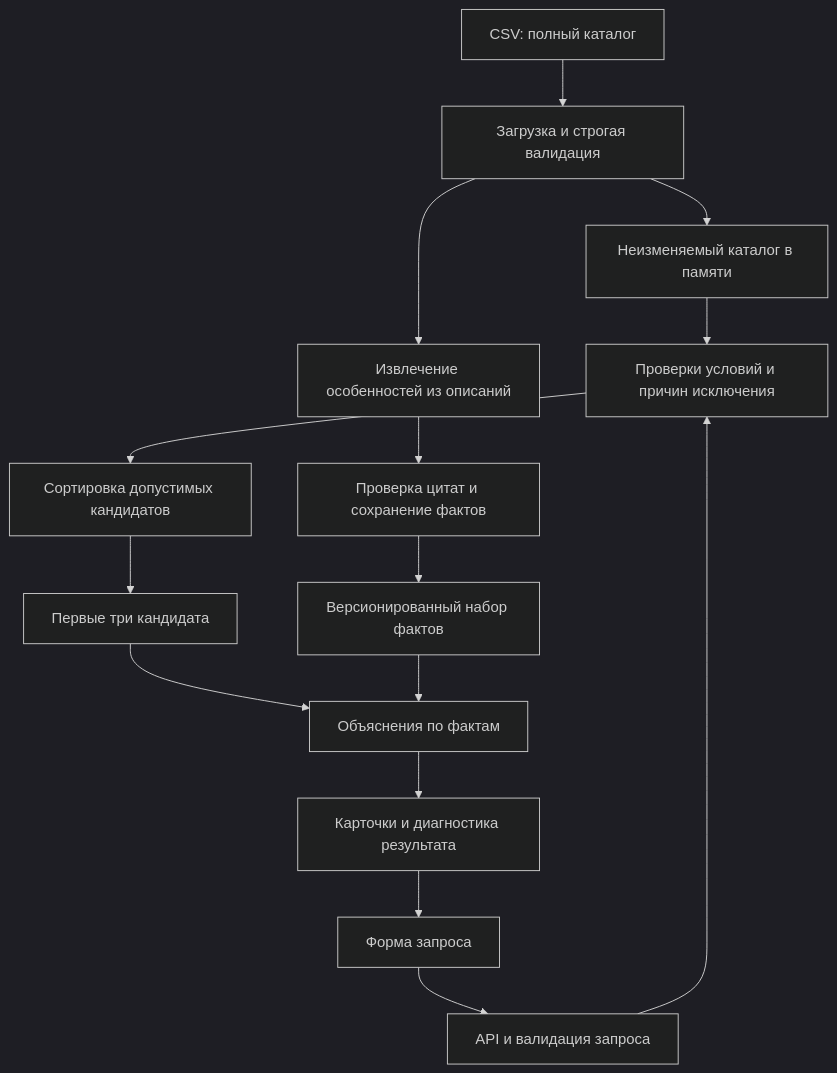
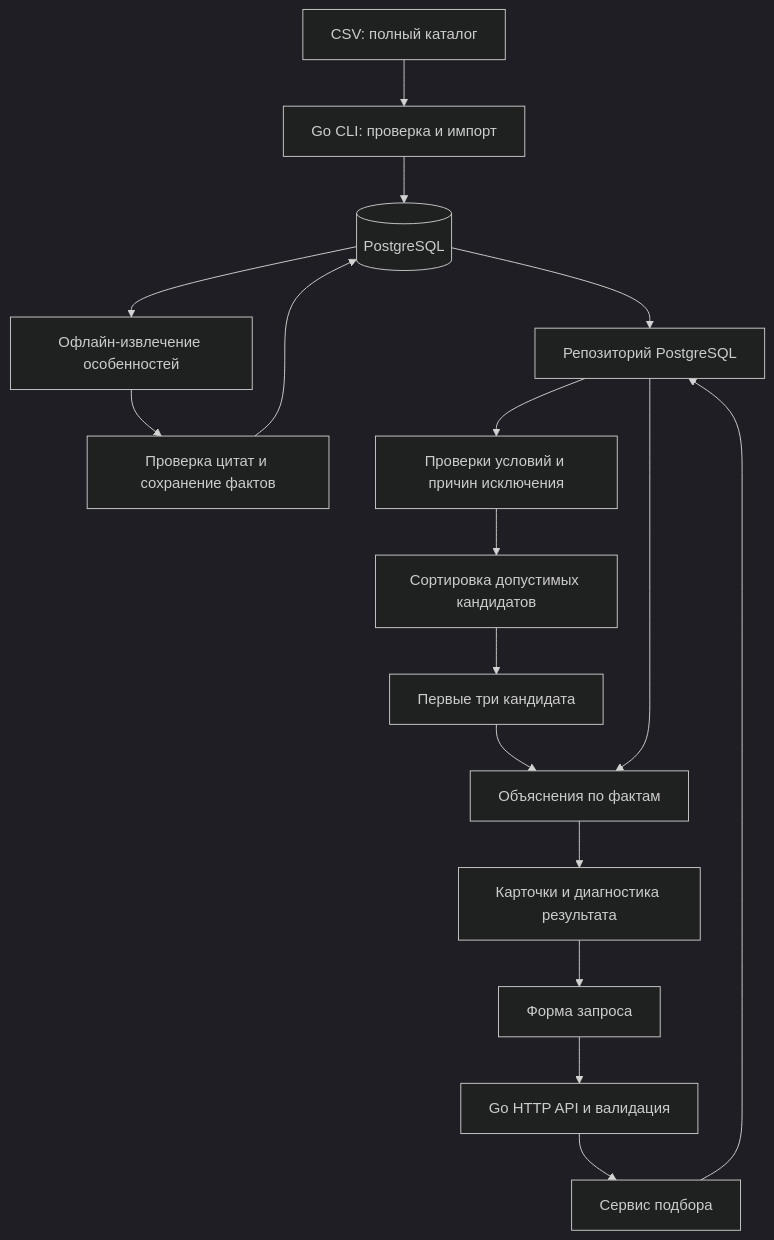
One commit to BAITC-Hacks/hack-1ad72463-apex-ai changed the diagram in ARCHITECTURE.md. Above: the diagram before and after it, drawn with Mermaid (dark theme). The commit also changed other lines of this file and 1 other file, not shown here.

Commit message:
Update Go and PostgreSQL specifications

````diff
--- a/ARCHITECTURE.md
+++ b/ARCHITECTURE.md
@@ -15,17 +17,19 @@
 ```mermaid
 flowchart TD
-    CSV[CSV: полный каталог] --> Loader[Загрузка и строгая валидация]
-    Loader --> Catalog[Неизменяемый каталог в памяти]
-    Loader --> Facts[Извлечение особенностей из описаний]
+    CSV[CSV: полный каталог] --> Loader[Go CLI: проверка и импорт]
+    Loader --> DB[(PostgreSQL)]
+    DB --> Facts[Офлайн-извлечение особенностей]
     Facts --> Review[Проверка цитат и сохранение фактов]
-    Review --> Evidence[Версионированный набор фактов]
-    UI[Форма запроса] --> API[API и валидация запроса]
-    API --> Filter[Проверки условий и причин исключения]
-    Catalog --> Filter
+    Review --> DB
+    UI[Форма запроса] --> API[Go HTTP API и валидация]
+    API --> Service[Сервис подбора]
+    Service --> Repo[Репозиторий PostgreSQL]
+    DB --> Repo
+    Repo --> Filter[Проверки условий и причин исключения]
     Filter --> Rank[Сортировка допустимых кандидатов]
     Rank --> Top[Первые три кандидата]
     Top --> Explain[Объяснения по фактам]
-    Evidence --> Explain
+    Repo --> Explain
     Explain --> Response[Карточки и диагностика результата]
     Response --> UI
 ```
````
